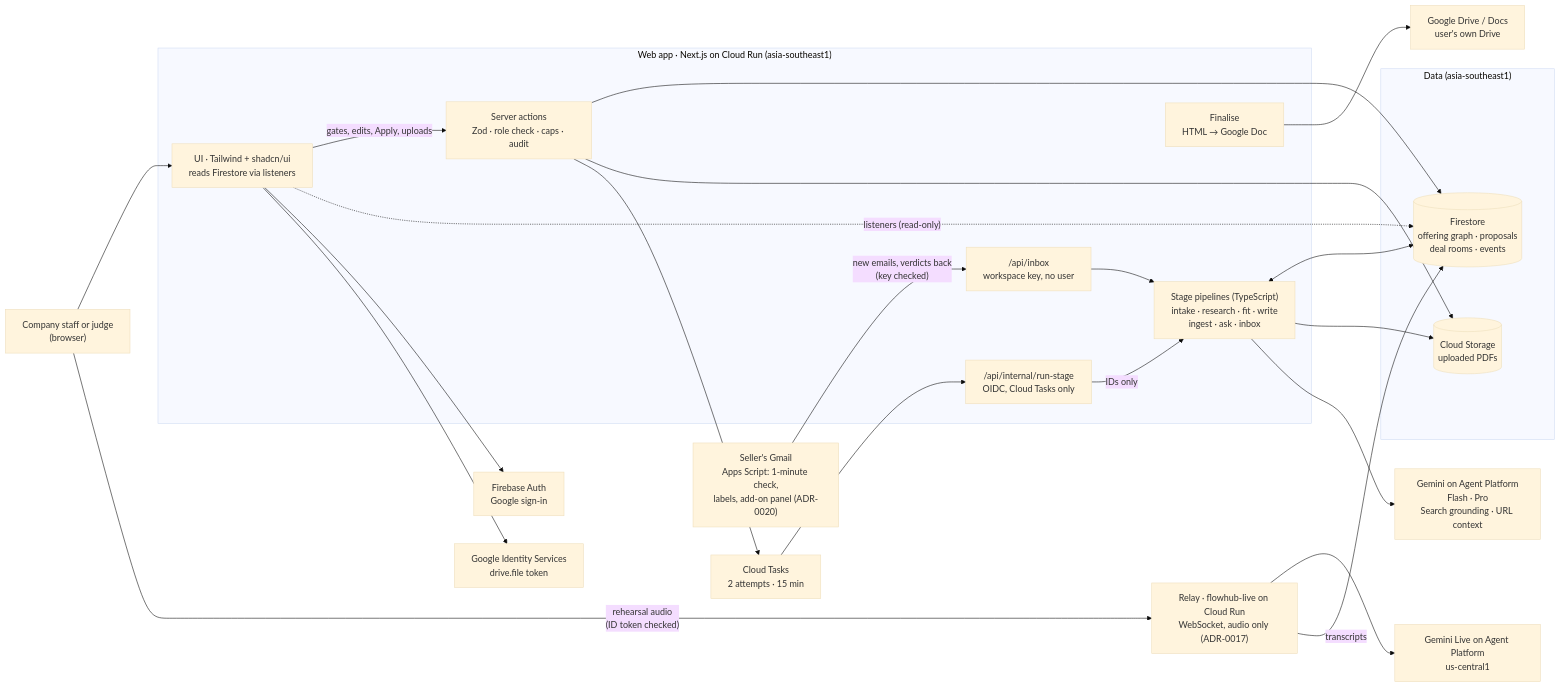
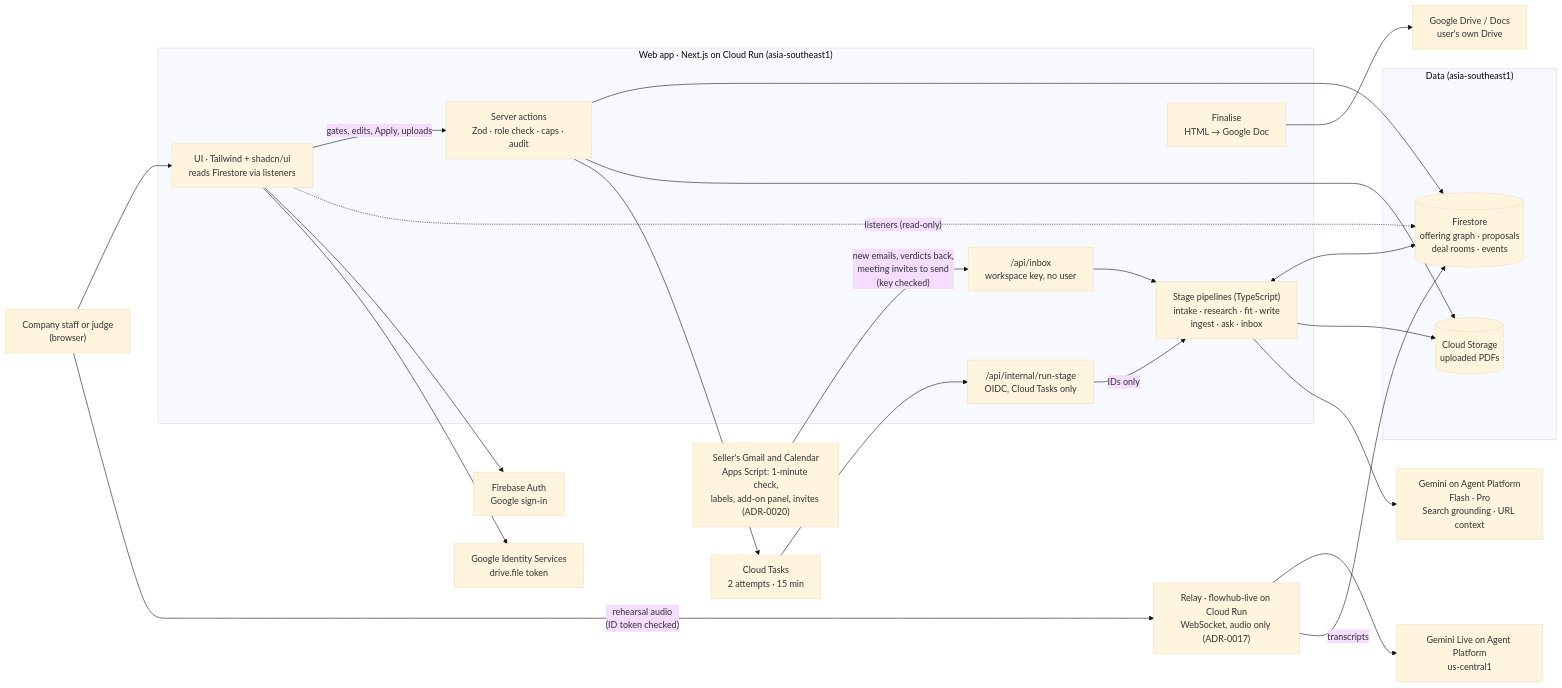
One commit to azmfrsdev/flowhub changed the first of 2 diagrams in docs/architecture.md. Above: the diagram before and after it, drawn with Mermaid (base theme). The commit also changed other lines of this file and 19 other files, not shown here.

First line of the commit message:
Send the meeting invite from FlowHub, through the Gmail script (#7)

````diff
--- a/docs/architecture.md
+++ b/docs/architecture.md
@@ -20,47 +20,47 @@
 ```mermaid
 flowchart LR
   user["Company staff or judge<br/>(browser)"]
-  gmail["Seller's Gmail<br/>Apps Script: 1-minute check,<br/>labels, add-on panel (ADR-0020)"]
+  gmail["Seller's Gmail and Calendar<br/>Apps Script: 1-minute check,<br/>labels, add-on panel, invites (ADR-0020)"]
 
   subgraph web["Web app · Next.js on Cloud Run (asia-southeast1)"]
     ui["UI · Tailwind + shadcn/ui<br/>reads Firestore via listeners"]
     actions["Server actions<br/>Zod · role check · caps · audit"]
     runroute["/api/internal/run-stage<br/>OIDC, Cloud Tasks only"]
     inboxroute["/api/inbox<br/>workspace key, no user"]
     pipelines["Stage pipelines (TypeScript)<br/>intake · research · fit · write<br/>ingest · ask · inbox"]
     finalise["Finalise<br/>HTML → Google Doc"]
   end
 
   subgraph data["Data (asia-southeast1)"]
     fs[("Firestore<br/>offering graph · proposals<br/>deal rooms · events")]
     gcs[("Cloud Storage<br/>uploaded PDFs")]
   end
 
   tasks["Cloud Tasks<br/>2 attempts · 15 min"]
   gemini["Gemini on Agent Platform<br/>Flash · Pro<br/>Search grounding · URL context"]
   auth["Firebase Auth<br/>Google sign-in"]
   gis["Google Identity Services<br/>drive.file token"]
   drive["Google Drive / Docs<br/>user's own Drive"]
   live["Relay · flowhub-live on Cloud Run<br/>WebSocket, audio only (ADR-0017)"]
   geminiLive["Gemini Live on Agent Platform<br/>us-central1"]
 
   user --> ui
   ui -- "gates, edits, Apply, uploads" --> actions
   ui -. "listeners (read-only)" .-> fs
   ui --> auth
   ui --> gis
   actions --> fs
   actions --> gcs
   actions --> tasks
   tasks --> runroute
   runroute -- "IDs only" --> pipelines
   pipelines <--> fs
   pipelines --> gcs
   pipelines --> gemini
   finalise --> drive
   user -- "rehearsal audio<br/>(ID token checked)" --> live
   live --> geminiLive
   live -- "transcripts" --> fs
-  gmail -- "new emails, verdicts back<br/>(key checked)" --> inboxroute
+  gmail -- "new emails, verdicts back,<br/>meeting invites to send<br/>(key checked)" --> inboxroute
   inboxroute --> pipelines
 ```
````
